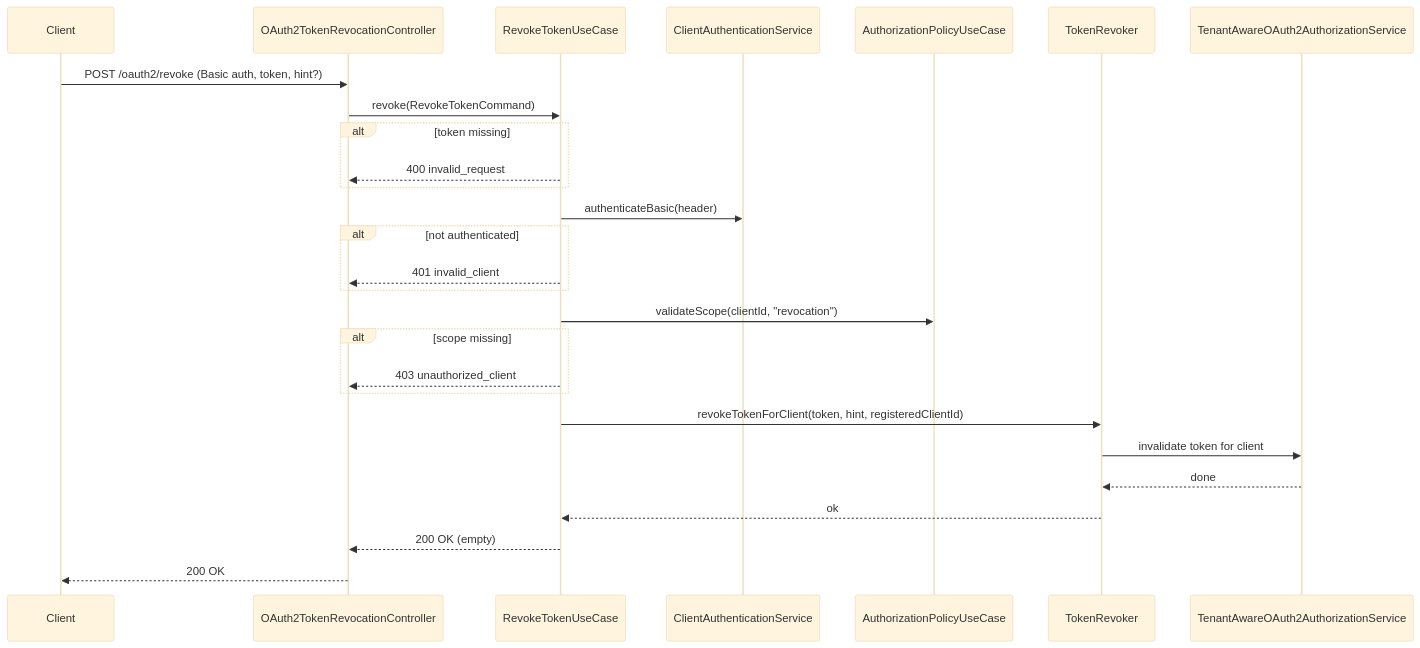
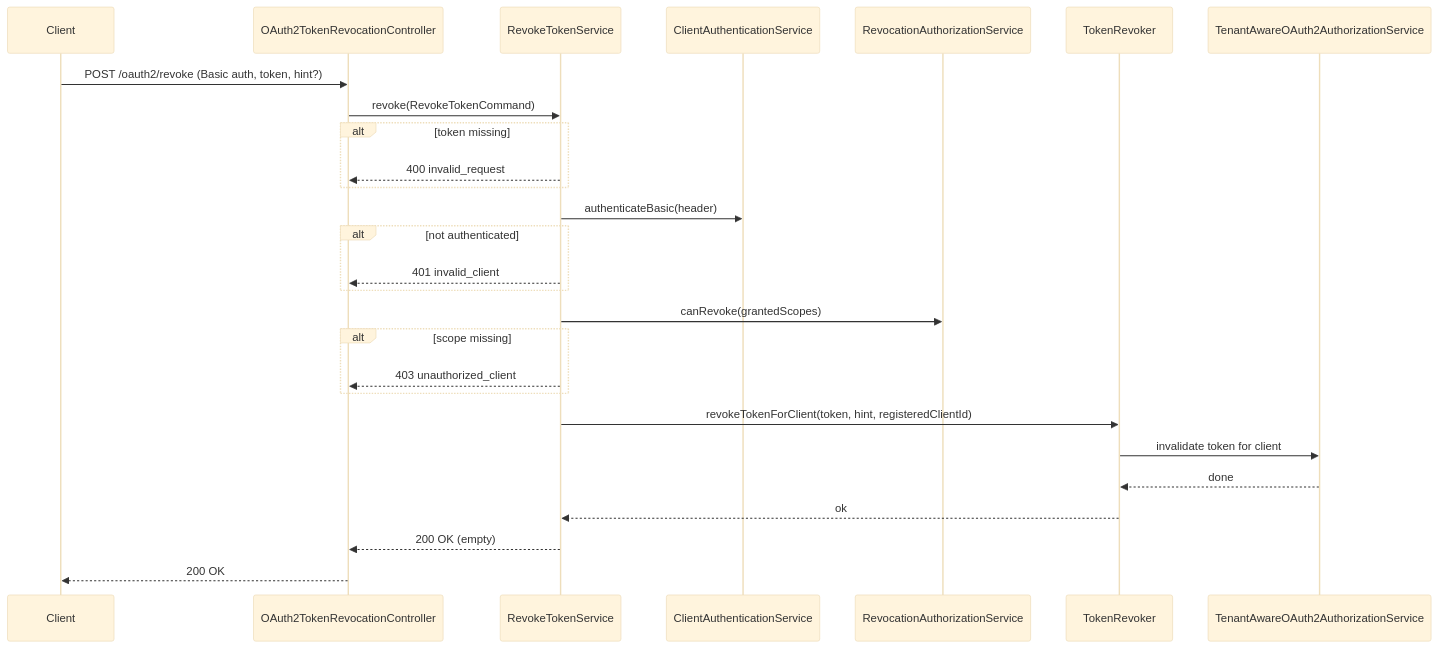
One commit to edmaputra/ed-auth changed the diagram in documentation/features/07-token-revocation.md. Above: the diagram before and after it, drawn with Mermaid (base theme). The commit also changed other lines of this file and 14 other files, not shown here.

Commit message:
refactor: Update documentation to reflect service renaming and architectural changes

````diff
--- a/documentation/features/07-token-revocation.md
+++ b/documentation/features/07-token-revocation.md
@@ -68,30 +68,30 @@
 ```mermaid
 sequenceDiagram
     participant Cl as Client
     participant Ctrl as OAuth2TokenRevocationController
-    participant UC as RevokeTokenUseCase
+    participant UC as RevokeTokenService
     participant Auth as ClientAuthenticationService
-    participant Pol as AuthorizationPolicyUseCase
+    participant Pol as RevocationAuthorizationService
     participant Rev as TokenRevoker
     participant Store as TenantAwareOAuth2AuthorizationService
 
     Cl->>Ctrl: POST /oauth2/revoke (Basic auth, token, hint?)
     Ctrl->>UC: revoke(RevokeTokenCommand)
     alt token missing
         UC-->>Ctrl: 400 invalid_request
     end
     UC->>Auth: authenticateBasic(header)
     alt not authenticated
         UC-->>Ctrl: 401 invalid_client
     end
-    UC->>Pol: validateScope(clientId, "revocation")
+    UC->>Pol: canRevoke(grantedScopes)
     alt scope missing
         UC-->>Ctrl: 403 unauthorized_client
     end
     UC->>Rev: revokeTokenForClient(token, hint, registeredClientId)
     Rev->>Store: invalidate token for client
     Store-->>Rev: done
     Rev-->>UC: ok
     UC-->>Ctrl: 200 OK (empty)
     Ctrl-->>Cl: 200 OK
 ```
````
